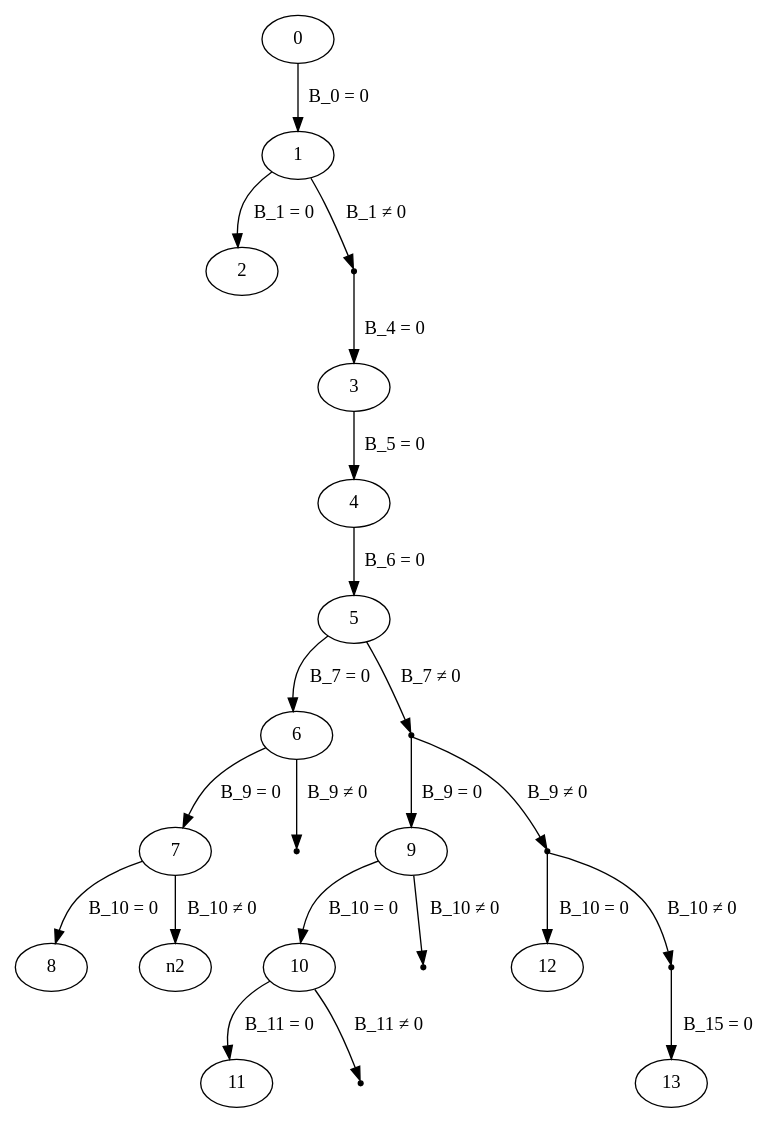
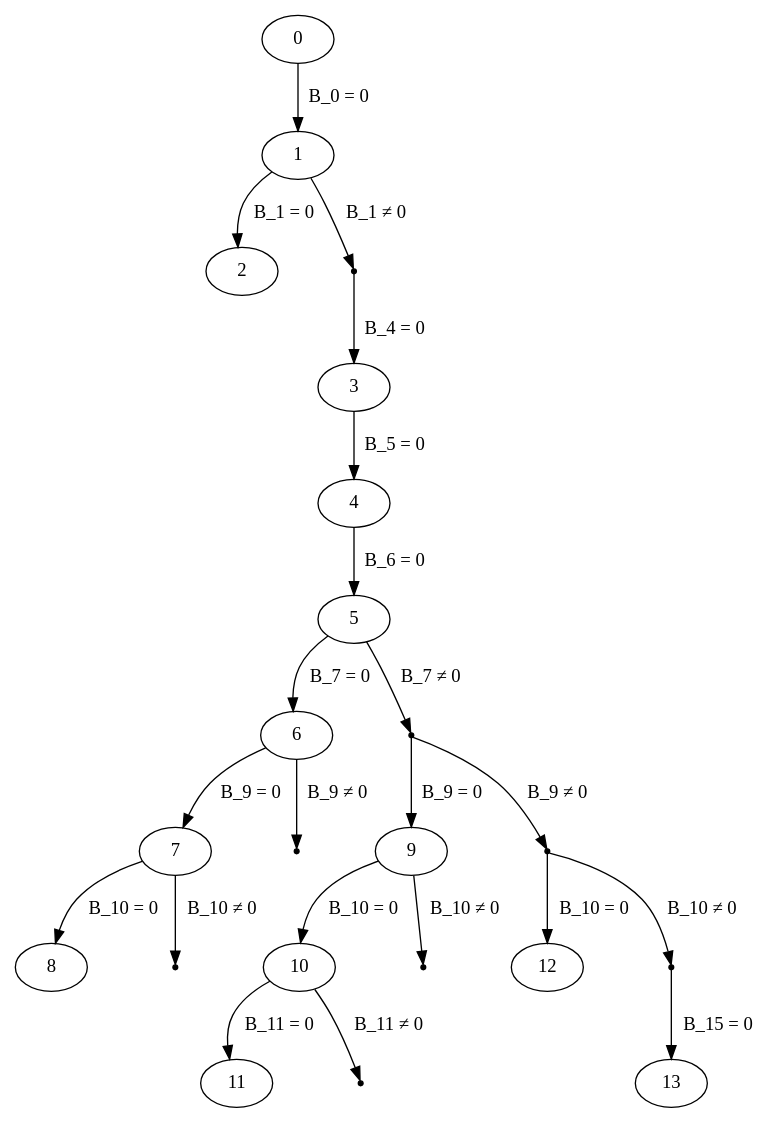
Before and after one commit to Bilalh/Gen: the diagram in scripts/tree_depth/b.dot, drawn with Graphviz. The commit also changed 8 other files, not shown here.

```diff
--- a/scripts/tree_depth/b.dot
+++ b/scripts/tree_depth/b.dot
@@ -1,40 +1,41 @@
 digraph G{
 	graph [ordering="out"];
 	
 	a1 [shape=point]
 	a2 [shape=point]
 	a3 [shape=point]
 	a4 [shape=point]
 	
 	n1 [shape=point]
 	n1 [shape=point]
+	n2 [shape=point]
 	n3 [shape=point]
 	n4 [shape=point]
 	
 	0 -> 1[label=" B_0 = 0"]
 	1 -> 2[label=" B_1 = 0"]
 	1 -> a1[label=" B_1 ≠ 0"]
 	
 	a1 -> 3 [label=" B_4 = 0"]
 	3 -> 4  [label=" B_5 = 0"]
 	4-> 5   [label=" B_6 = 0"]
 	5 -> 6  [label=" B_7 = 0"]
 	6 -> 7  [label=" B_9 = 0"]
 	6 -> n1 [label=" B_9 ≠ 0"]
 	7 -> 8  [label=" B_10 = 0"]
 	7 -> n2 [label=" B_10 ≠ 0"]
 	
 	5 -> a2 [label=" B_7 ≠ 0"]
 	a2 -> 9 [label=" B_9 = 0"]
 	9 -> 10 [label=" B_10 = 0"]
 	9 -> n3 [label=" B_10 ≠ 0"]
 	10 -> 11 [label=" B_11 = 0"]
 	10 -> n4 [label=" B_11 ≠ 0"]
 	a2 -> a3 [label=" B_9 ≠ 0"]
 	a3 -> 12 [label=" B_10 = 0"]
 	a3 -> a4 [label=" B_10 ≠ 0"]
 	a4 -> 13 [label=" B_15 = 0"]
 	
 	
 	
 }
```
